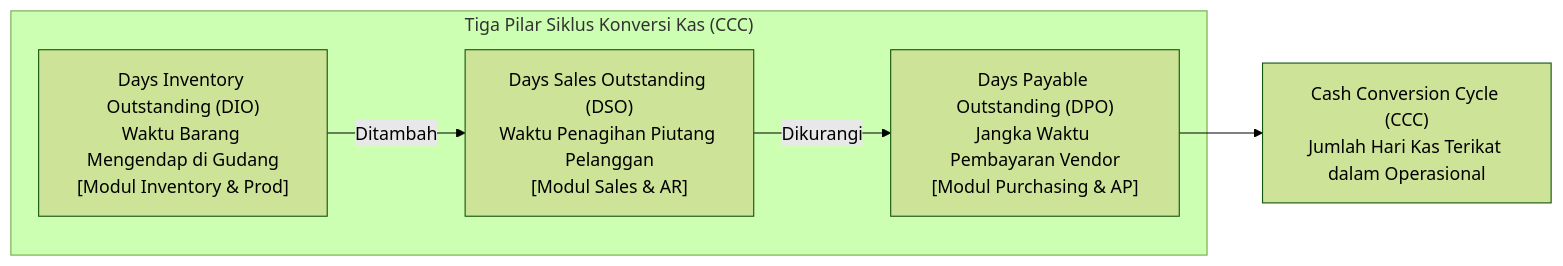
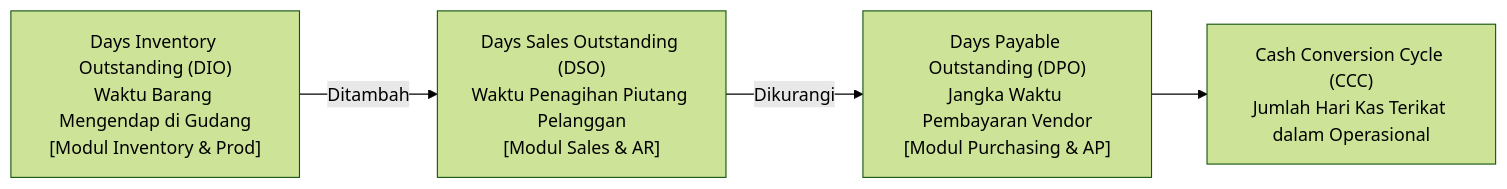
The first of 2 diagrams in content/07-finance/working-capital-management.md (alimurrofid/erp-notes), drawn with Mermaid (forest theme) before and after one commit. The commit also changed 58 other files, not shown here.

Commit message:
fix(content):Mermaid Subgraph

````diff
--- a/content/07-finance/working-capital-management.md
+++ b/content/07-finance/working-capital-management.md
@@ -16,11 +16,9 @@
 ```mermaid
 flowchart LR
-    subgraph WorkingCapitalComponents["Tiga Pilar Siklus Konversi Kas (CCC)"]
         DIO["Days Inventory Outstanding (DIO)<br/>Waktu Barang Mengendap di Gudang<br/>[Modul Inventory & Prod]"]
         DSO["Days Sales Outstanding (DSO)<br/>Waktu Penagihan Piutang Pelanggan<br/>[Modul Sales & AR]"]
         DPO["Days Payable Outstanding (DPO)<br/>Jangka Waktu Pembayaran Vendor<br/>[Modul Purchasing & AP]"]
-    end
     DIO -->|Ditambah| DSO
     DSO -->|Dikurangi| DPO
     DPO --> CCC["Cash Conversion Cycle (CCC)<br/>Jumlah Hari Kas Terikat dalam Operasional"]
 ```
````
